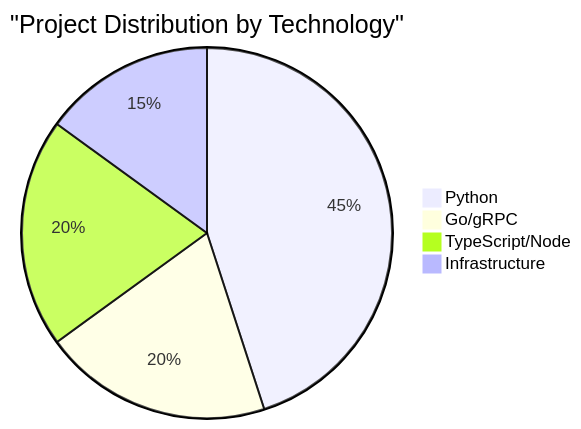
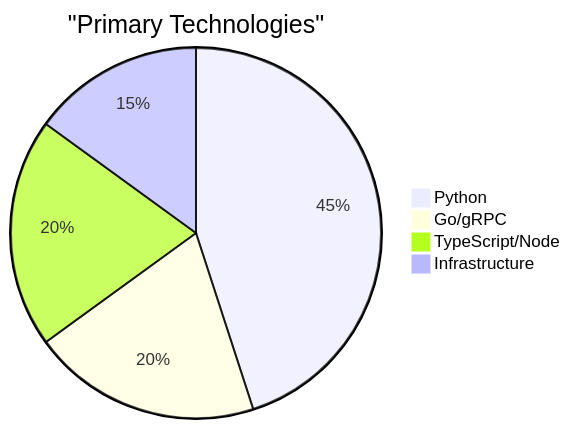
Before and after one commit to darkcodelabs/.github: the second of 3 diagrams in profile/README.md, drawn with Mermaid. The commit also changed other lines of this file, not shown here.

````diff
--- a/profile/README.md
+++ b/profile/README.md
@@ -82,7 +37,7 @@
 ```mermaid
-pie title "Project Distribution by Technology"
+pie title "Primary Technologies"
     "Python" : 45
     "Go/gRPC" : 20
     "TypeScript/Node" : 20
     "Infrastructure" : 15
 ```
````
